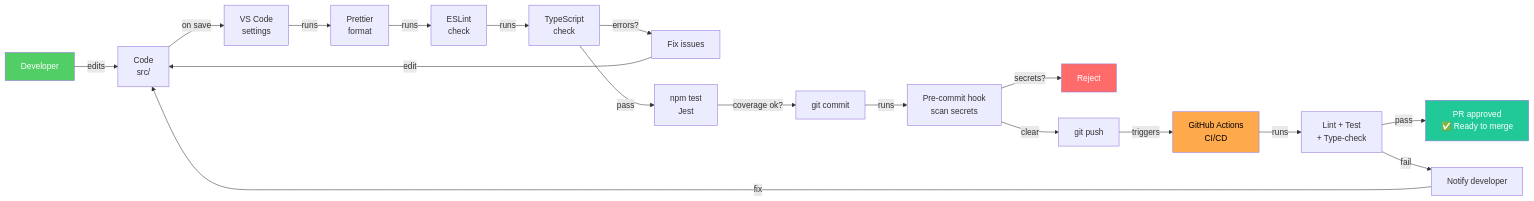
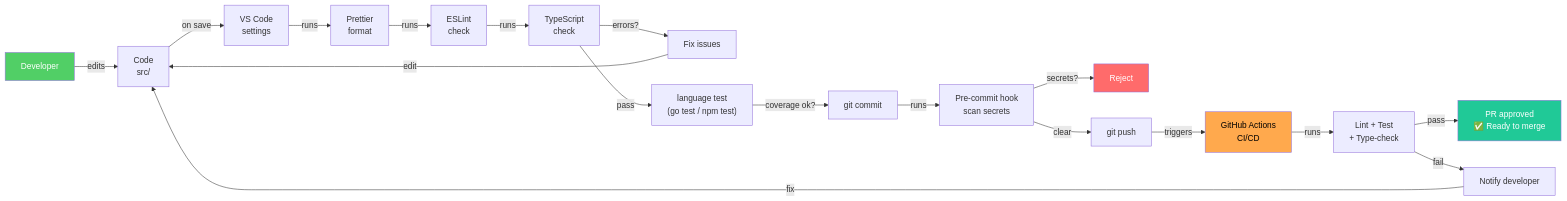
One commit to lfarizav/hdd-gsd2-hybrid-framework changed the sixth of 7 diagrams in docs/architecture.md. Above: the diagram before and after it, drawn with Mermaid. The commit also changed other lines of this file and 4 other files, not shown here.

````diff
--- a/docs/architecture.md
+++ b/docs/architecture.md
@@ -266,25 +266,25 @@
 ```mermaid
 graph LR
     Dev["Developer"] -->|edits| Code["Code<br/>src/"]
     Code -->|on save| Editor["VS Code<br/>settings"]
     Editor -->|runs| Format["Prettier<br/>format"]
     Format -->|runs| Lint["ESLint<br/>check"]
     Lint -->|runs| Type["TypeScript<br/>check"]
     Type -->|errors?| DevLoop["Fix issues"]
     DevLoop -->|edit| Code
-    Type -->|pass| Test["npm test<br/>Jest"]
+    Type -->|pass| Test["language test<br/>(go test / npm test)"]
     Test -->|coverage ok?| Commit["git commit"]
     Commit -->|runs| PreCommit["Pre-commit hook<br/>scan secrets"]
     PreCommit -->|secrets?| Block["Reject"]
     PreCommit -->|clear| Push["git push"]
     Push -->|triggers| CI["GitHub Actions<br/>CI/CD"]
     CI -->|runs| CITest["Lint + Test<br/>+ Type-check"]
     CITest -->|pass| PR["PR approved<br/>✅ Ready to merge"]
     CITest -->|fail| Notify["Notify developer"]
     Notify -->|fix| Code
 
     style Dev fill:#51cf66,color:#fff
     style PR fill:#20c997,color:#fff
     style Block fill:#ff6b6b,color:#fff
     style CI fill:#ffa94d,color:#000
 ```
````
